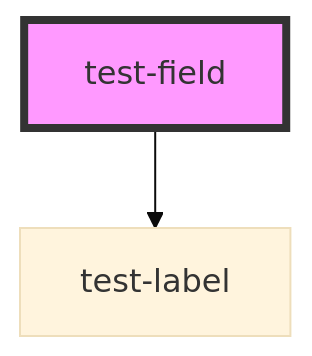
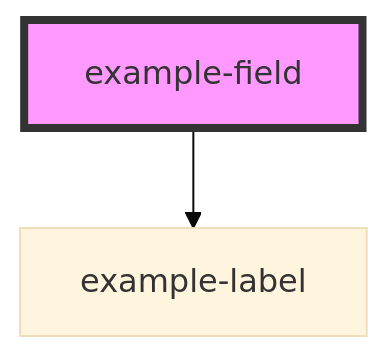
Before and after one commit to TomHancock2/stenciljs-uxpin-merge: the diagram in packages/components/src/components/field/readme.md, drawn with Mermaid (base theme). The commit also changed other lines of this file and 93 other files, not shown here.

````diff
--- a/packages/components/src/components/field/readme.md
+++ b/packages/components/src/components/field/readme.md
@@ -15,5 +114,5 @@
 ```mermaid
 graph TD;
-  test-field --> test-label
-  style test-field fill:#f9f,stroke:#333,stroke-width:4px
+  example-field --> example-label
+  style example-field fill:#f9f,stroke:#333,stroke-width:4px
 ```
````
